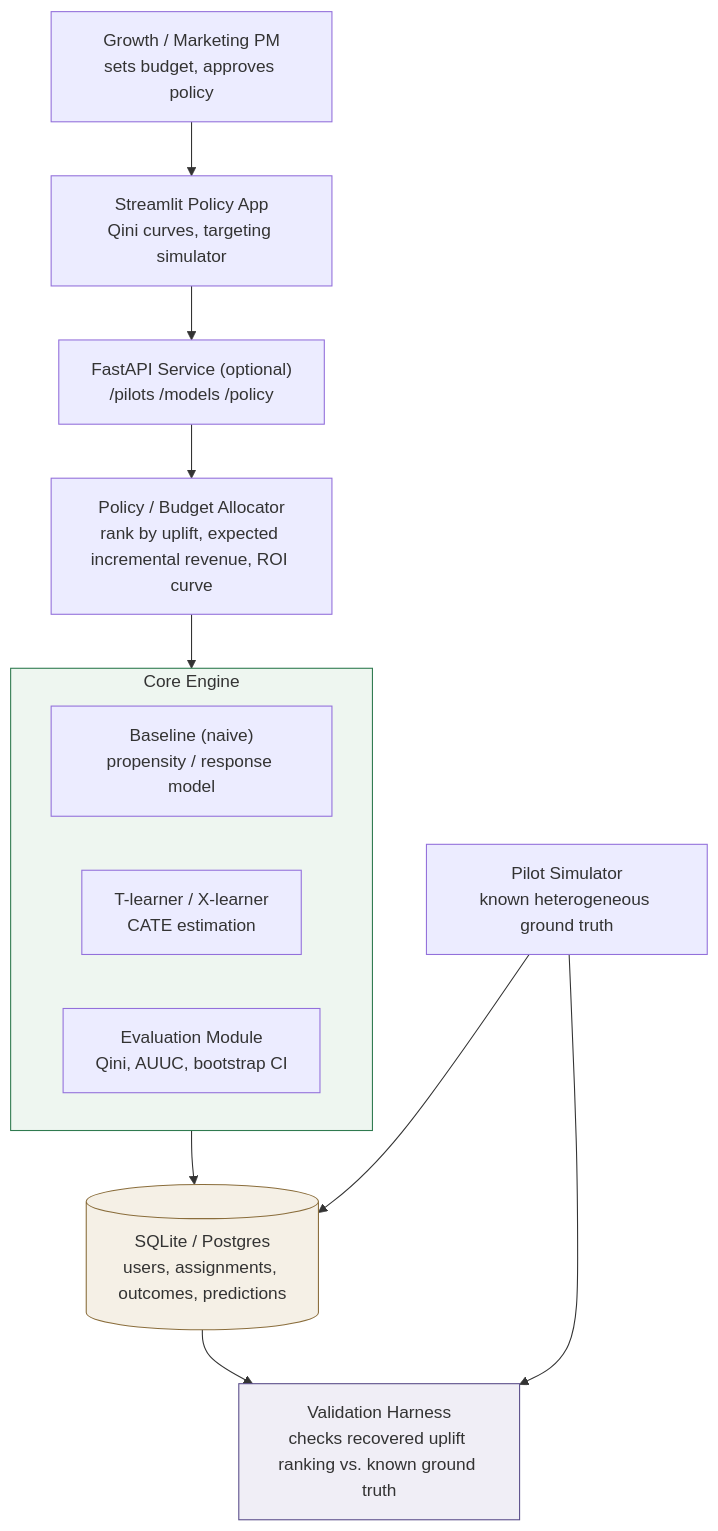
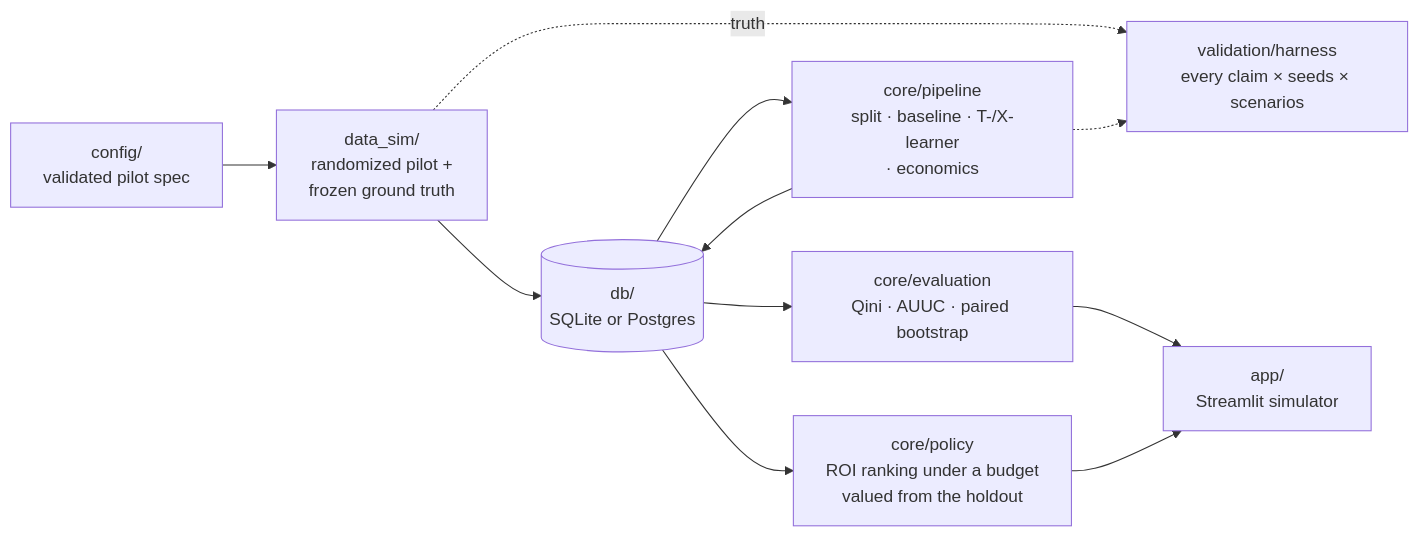
The diagram in README.md (tarun-rai21/causal-uplift-targeting), drawn with Mermaid before and after one commit. The commit also changed other lines of this file and 3 other files, not shown here.

````diff
--- a/README.md
+++ b/README.md
@@ -96,31 +48,13 @@
 ```mermaid
-flowchart TB
-    PM["Growth / Marketing PM<br/>sets budget, approves policy"]
-    UI["Streamlit Policy App<br/>Qini curves, targeting simulator"]
-    API["FastAPI Service (optional)<br/>/pilots /models /policy"]
-    POLICY["Policy / Budget Allocator<br/>rank by uplift, expected incremental revenue, ROI curve"]
-
-    subgraph CORE["Core Engine"]
-        direction LR
-        BASE["Baseline (naive)<br/>propensity / response model"]
-        META["T-learner / X-learner<br/>CATE estimation"]
-        EVAL["Evaluation Module<br/>Qini, AUUC, bootstrap CI"]
-    end
-
-    SIM["Pilot Simulator<br/>known heterogeneous ground truth"]
-    DB[("SQLite / Postgres<br/>users, assignments, outcomes, predictions")]
-    VALID["Validation Harness<br/>checks recovered uplift ranking vs. known ground truth"]
-
-    PM --> UI
-    UI --> API
-    API --> POLICY
-    POLICY --> CORE
-    CORE --> DB
-    SIM --> DB
-    DB --> VALID
-    SIM --> VALID
-
-    style CORE fill:#eef6f0,stroke:#2f7a4f
-    style DB fill:#f5f0e6,stroke:#8a6d3b
-    style VALID fill:#f0eef6,stroke:#5a4d8a
+flowchart LR
+    CFG["config/<br/>validated pilot spec"] --> SIM["data_sim/<br/>randomized pilot +<br/>frozen ground truth"]
+    SIM --> DB[("db/<br/>SQLite or Postgres")]
+    DB --> PIPE["core/pipeline<br/>split · baseline · T-/X-learner<br/>· economics"]
+    PIPE --> DB
+    DB --> EVAL["core/evaluation<br/>Qini · AUUC · paired bootstrap"]
+    DB --> POL["core/policy<br/>ROI ranking under a budget<br/>valued from the holdout"]
+    EVAL --> APP["app/<br/>Streamlit simulator"]
+    POL --> APP
+    SIM -. truth .-> HARN["validation/harness<br/>every claim × seeds × scenarios"]
+    PIPE -.-> HARN
 ```
````
